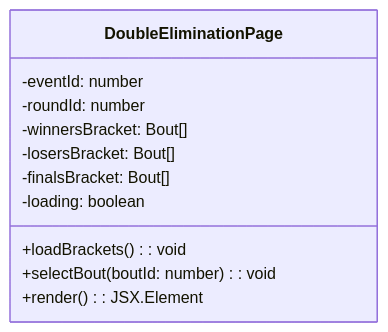
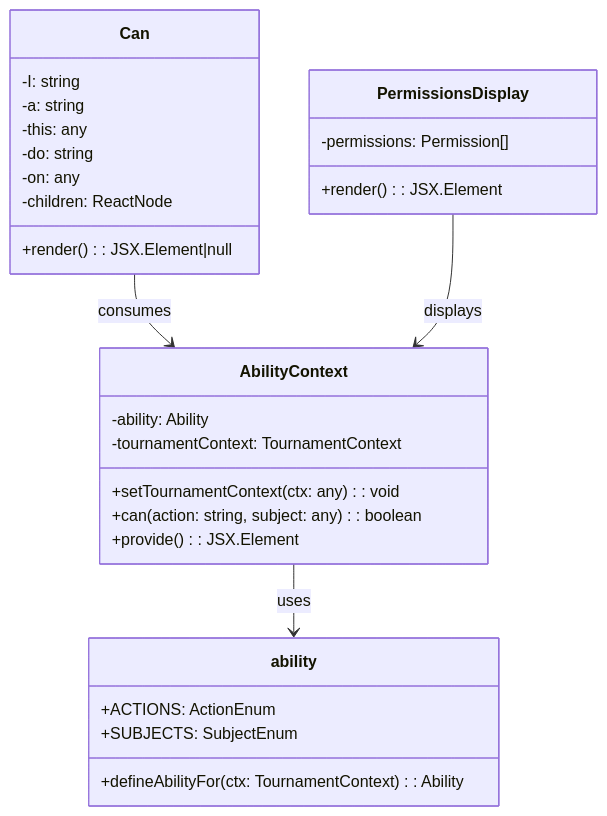
Diagram 36 of 38 in docs/Spring Quarter Deliverables/SDD.md (FencingSeniorDesign/client), drawn with Mermaid before and after one commit. The commit also changed other lines of this file, not shown here.

````diff
--- a/docs/Spring Quarter Deliverables/SDD.md
+++ b/docs/Spring Quarter Deliverables/SDD.md
@@ -1929,14 +1707,35 @@
 ```mermaid
 classDiagram
-    class DoubleEliminationPage {
-        -eventId: number
-        -roundId: number
-        -winnersBracket: Bout[]
-        -losersBracket: Bout[]
-        -finalsBracket: Bout[]
-        -loading: boolean
-        +loadBrackets(): void
-        +selectBout(boutId: number): void
+    class AbilityContext {
+        -ability: Ability
+        -tournamentContext: TournamentContext
+        +setTournamentContext(ctx: any): void
+        +can(action: string, subject: any): boolean
+        +provide(): JSX.Element
+    }
+
+    class ability {
+        +defineAbilityFor(ctx: TournamentContext): Ability
+        +ACTIONS: ActionEnum
+        +SUBJECTS: SubjectEnum
+    }
+
+    class Can {
+        -I: string
+        -a: string
+        -this: any
+        -do: string
+        -on: any
+        -children: ReactNode
+        +render(): JSX.Element|null
+    }
+
+    class PermissionsDisplay {
+        -permissions: Permission[]
         +render(): JSX.Element
     }
+
+    AbilityContext --> ability: uses
+    Can --> AbilityContext: consumes
+    PermissionsDisplay --> AbilityContext: displays
 ```
````
